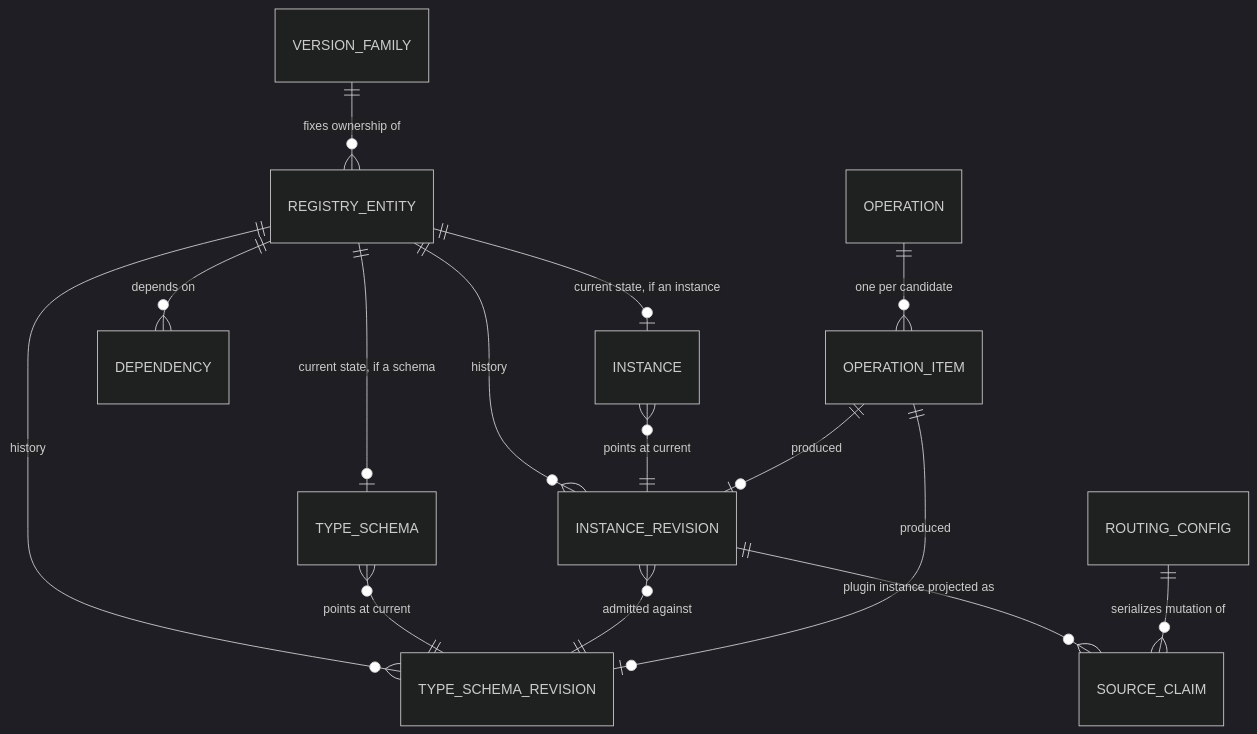
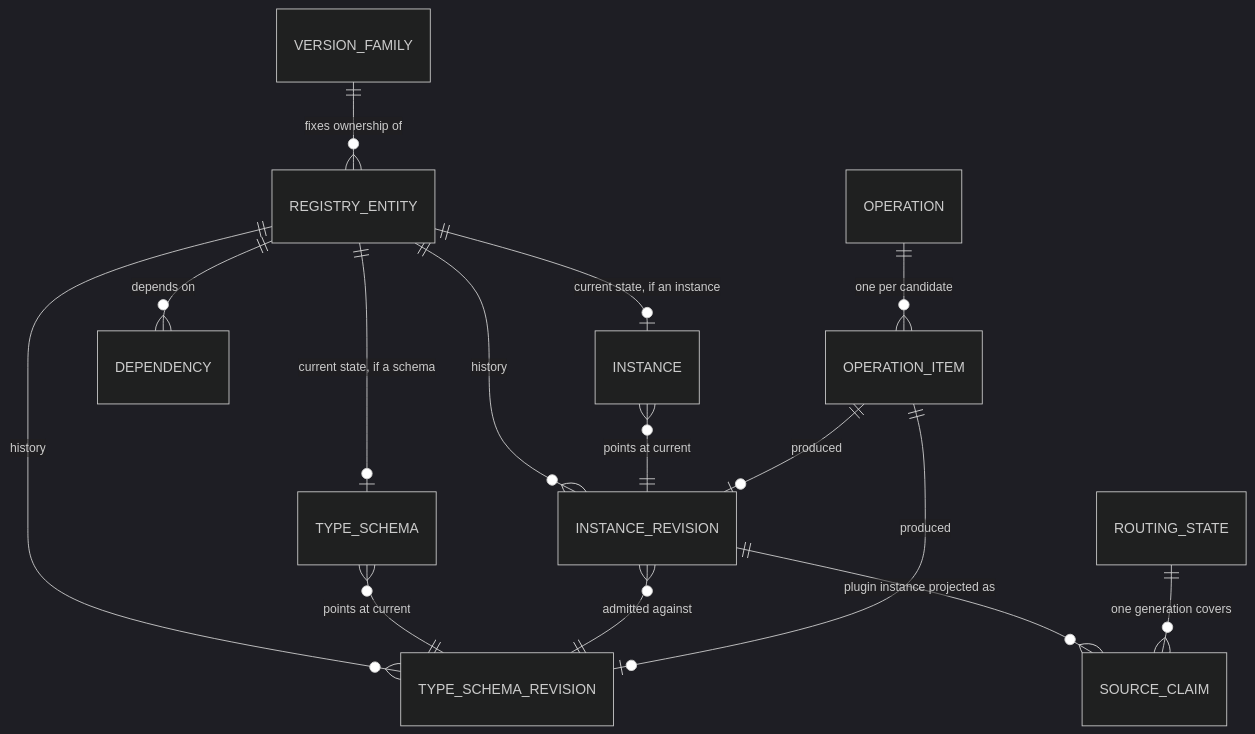
One commit to aviator5/gears-rust changed the second of 6 diagrams in gears/system/types-registry/docs/DESIGN.md. Above: the diagram before and after it, drawn with Mermaid (dark theme). The commit also changed other lines of this file and 53 other files, not shown here.

````diff
--- a/gears/system/types-registry/docs/DESIGN.md
+++ b/gears/system/types-registry/docs/DESIGN.md
@@ -326,17 +326,17 @@
 ```mermaid
 erDiagram
     VERSION_FAMILY   ||--o{ REGISTRY_ENTITY : "fixes ownership of"
     REGISTRY_ENTITY  ||--o| TYPE_SCHEMA : "current state, if a schema"
     REGISTRY_ENTITY  ||--o| INSTANCE : "current state, if an instance"
     REGISTRY_ENTITY  ||--o{ TYPE_SCHEMA_REVISION : "history"
     REGISTRY_ENTITY  ||--o{ INSTANCE_REVISION : "history"
     TYPE_SCHEMA      }o--|| TYPE_SCHEMA_REVISION : "points at current"
     INSTANCE         }o--|| INSTANCE_REVISION : "points at current"
     INSTANCE_REVISION }o--|| TYPE_SCHEMA_REVISION : "admitted against"
     REGISTRY_ENTITY  ||--o{ DEPENDENCY : "depends on"
     OPERATION        ||--o{ OPERATION_ITEM : "one per candidate"
     OPERATION_ITEM   ||--o| TYPE_SCHEMA_REVISION : "produced"
     OPERATION_ITEM   ||--o| INSTANCE_REVISION : "produced"
     INSTANCE_REVISION ||--o{ SOURCE_CLAIM : "plugin instance projected as"
-    ROUTING_CONFIG   ||--o{ SOURCE_CLAIM : "serializes mutation of"
+    ROUTING_STATE    ||--o{ SOURCE_CLAIM : "one generation covers"
 ```
````
